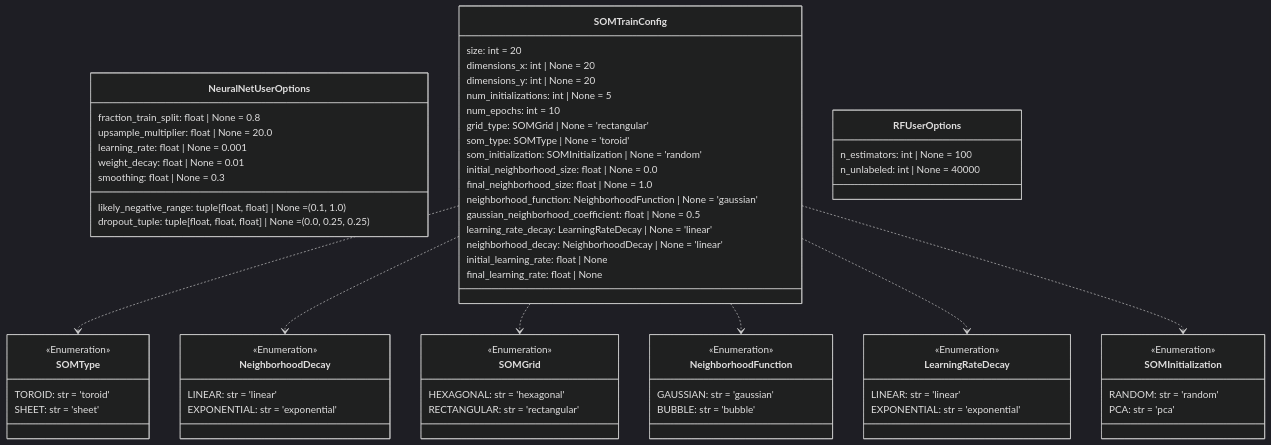
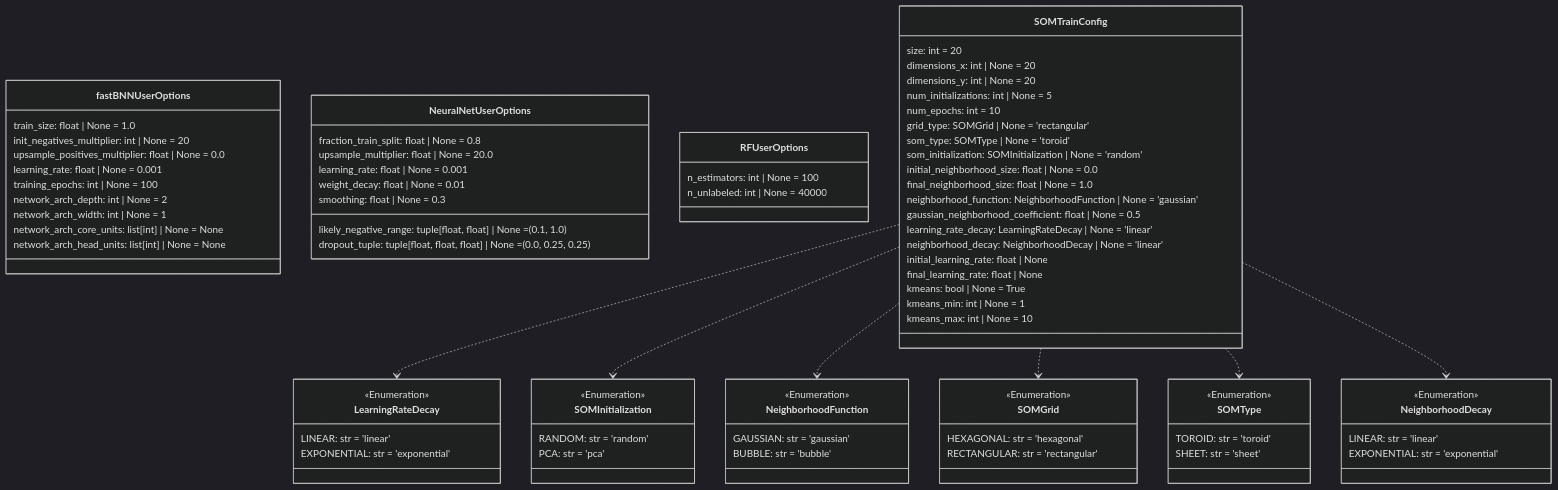
Diagram 14 of 14 in README.md (DARPA-CRITICALMAAS/cdr_schemas), drawn with Mermaid (dark theme) before and after one commit. The commit also changed other lines of this file and 3 other files, not shown here.

First line of the commit message:
Beak-TA3 BNN and SOM Schema Additions (#79)

````diff
--- a/README.md
+++ b/README.md
@@ -1280,10 +1302,46 @@
 ```mermaid
 classDiagram
 
-    class SOMType {
+    class LearningRateDecay {
         <<Enumeration>>
-        TOROID: str = 'toroid'
-        SHEET: str = 'sheet'
+        LINEAR: str = 'linear'
+        EXPONENTIAL: str = 'exponential'
+    }
+
+    class SOMInitialization {
+        <<Enumeration>>
+        RANDOM: str = 'random'
+        PCA: str = 'pca'
+    }
+
+    class NeighborhoodFunction {
+        <<Enumeration>>
+        GAUSSIAN: str = 'gaussian'
+        BUBBLE: str = 'bubble'
+    }
+
+    class SOMGrid {
+        <<Enumeration>>
+        HEXAGONAL: str = 'hexagonal'
+        RECTANGULAR: str = 'rectangular'
+    }
+
+    class fastBNNUserOptions {
+        train_size: float | None = 1.0
+        init_negatives_multiplier: int | None = 20
+        upsample_positives_multiplier: float | None = 0.0
+        learning_rate: float | None = 0.001
+        training_epochs: int | None = 100
+        network_arch_depth: int | None = 2
+        network_arch_width: int | None = 1
+        network_arch_core_units: list[int] | None = None
+        network_arch_head_units: list[int] | None = None
+    }
+
+    class NeighborhoodDecay {
+        <<Enumeration>>
+        LINEAR: str = 'linear'
+        EXPONENTIAL: str = 'exponential'
     }
 
     class NeuralNetUserOptions {
@@ -1296,16 +1354,9 @@
         smoothing: float | None = 0.3
     }
 
-    class SOMInitialization {
-        <<Enumeration>>
-        RANDOM: str = 'random'
-        PCA: str = 'pca'
-    }
-
-    class NeighborhoodDecay {
-        <<Enumeration>>
-        LINEAR: str = 'linear'
-        EXPONENTIAL: str = 'exponential'
+    class RFUserOptions {
+        n_estimators: int | None = 100
+        n_unlabeled: int | None = 40000
     }
 
     class SOMTrainConfig {
@@ -1325,37 +1376,23 @@
         neighborhood_decay: NeighborhoodDecay | None = 'linear'
         initial_learning_rate: float | None
         final_learning_rate: float | None
+        kmeans: bool | None = True
+        kmeans_min: int | None = 1
+        kmeans_max: int | None = 10
     }
 
-    class SOMGrid {
+    class SOMType {
         <<Enumeration>>
-        HEXAGONAL: str = 'hexagonal'
-        RECTANGULAR: str = 'rectangular'
+        TOROID: str = 'toroid'
+        SHEET: str = 'sheet'
     }
 
-    class RFUserOptions {
-        n_estimators: int | None = 100
-        n_unlabeled: int | None = 40000
-    }
-
-    class NeighborhoodFunction {
-        <<Enumeration>>
-        GAUSSIAN: str = 'gaussian'
-        BUBBLE: str = 'bubble'
-    }
-
-    class LearningRateDecay {
-        <<Enumeration>>
-        LINEAR: str = 'linear'
-        EXPONENTIAL: str = 'exponential'
-    }
-
+    SOMTrainConfig ..> LearningRateDecay
+    SOMTrainConfig ..> SOMInitialization
+    SOMTrainConfig ..> NeighborhoodFunction
+    SOMTrainConfig ..> SOMGrid
     SOMTrainConfig ..> SOMType
     SOMTrainConfig ..> NeighborhoodDecay
-    SOMTrainConfig ..> SOMGrid
-    SOMTrainConfig ..> NeighborhoodFunction
-    SOMTrainConfig ..> LearningRateDecay
-    SOMTrainConfig ..> SOMInitialization
 
 
 ```
````
